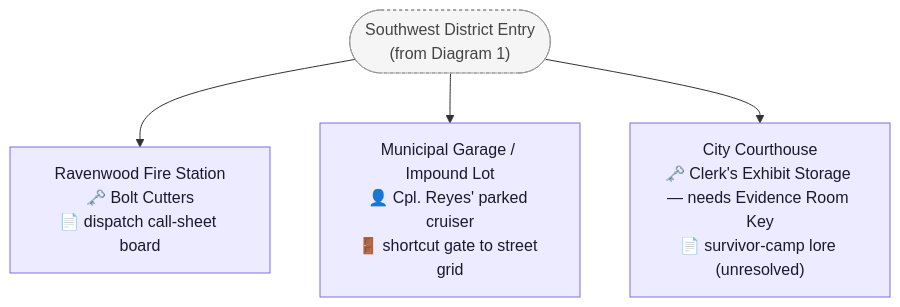
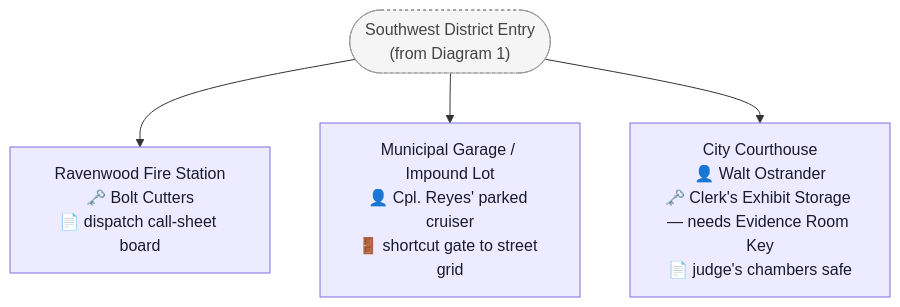
Before and after one commit to GIToez/Deadlock-Design: the sixth of 6 diagrams in DESIGN/Locations/Police_Station.md, drawn with Mermaid. The commit also changed other lines of this file and 15 other files, not shown here.

````diff
--- a/DESIGN/Locations/Police_Station.md
+++ b/DESIGN/Locations/Police_Station.md
@@ -472,17 +476,17 @@
 ```mermaid
 flowchart TD
     ENTRYREF(["Southwest District Entry<br/>(from Diagram 1)"])
     FIRE["Ravenwood Fire Station<br/>🗝️ Bolt Cutters<br/>📄 dispatch call-sheet board"]
     GARAGE["Municipal Garage / Impound Lot<br/>👤 Cpl. Reyes' parked cruiser<br/>🚪 shortcut gate to street grid"]
-    COURT["City Courthouse<br/>🗝️ Clerk's Exhibit Storage — needs Evidence Room Key<br/>📄 survivor-camp lore (unresolved)"]
+    COURT["City Courthouse<br/>👤 Walt Ostrander<br/>🗝️ Clerk's Exhibit Storage — needs Evidence Room Key<br/>📄 judge's chambers safe"]
 
     ENTRYREF --> FIRE
     ENTRYREF --> GARAGE
     ENTRYREF --> COURT
 
     classDef room fill:#EDEBFF,stroke:#7C6EE0,color:#1a1a2e
     classDef exterior fill:#E3F0FF,stroke:#4A76C9,color:#0d1f3a
     classDef ref fill:#F5F5F5,stroke:#999999,color:#444444,stroke-dasharray:3 3
     class ENTRYREF ref
     class FIRE,GARAGE,COURT room
 ```
````
